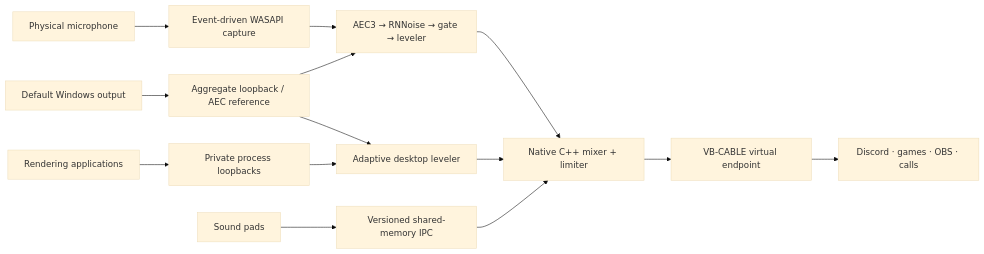
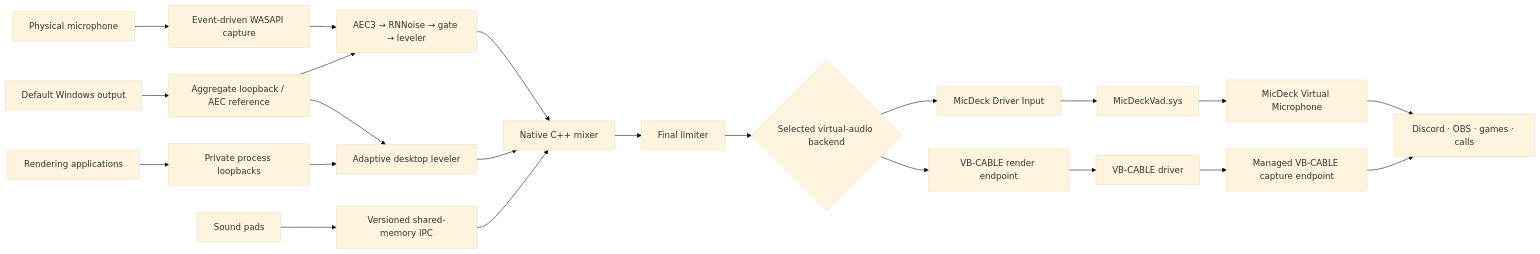
The first of 2 diagrams in README.md (3godzinyL/MicDeck), drawn with Mermaid (base theme) before and after one commit. The commit also changed other lines of this file, not shown here.

````diff
--- a/README.md
+++ b/README.md
@@ -151,16 +147,30 @@
 ```mermaid
 flowchart LR
   mic["Physical microphone"] --> capture["Event-driven WASAPI capture"]
   desktop["Default Windows output"] --> loopback["Aggregate loopback / AEC reference"]
   apps["Rendering applications"] --> process["Private process loopbacks"]
   pads["Sound pads"] --> ipc["Versioned shared-memory IPC"]
-  loopback --> dsp["AEC3 → RNNoise → gate → leveler"]
-  capture --> dsp
-  dsp --> mixer["Native C++ mixer + limiter"]
+
+  capture --> voice["AEC3 → RNNoise → gate → leveler"]
+  loopback --> voice
   loopback --> desktopbus["Adaptive desktop leveler"]
   process --> desktopbus
+
+  voice --> mixer["Native C++ mixer"]
   desktopbus --> mixer
   ipc --> mixer
-  mixer --> cable["VB-CABLE virtual endpoint"]
-  cable --> chat["Discord · games · OBS · calls"]
+  mixer --> limiter["Final limiter"]
+
+  limiter --> backend{"Selected virtual-audio backend"}
+
+  backend --> mdinput["MicDeck Driver Input"]
+  mdinput --> mdvad["MicDeckVad.sys"]
+  mdvad --> mdmic["MicDeck Virtual Microphone"]
+
+  backend --> vbinput["VB-CABLE render endpoint"]
+  vbinput --> vbcable["VB-CABLE driver"]
+  vbcable --> vbmic["Managed VB-CABLE capture endpoint"]
+
+  mdmic --> clients["Discord · OBS · games · calls"]
+  vbmic --> clients
 ```
````
